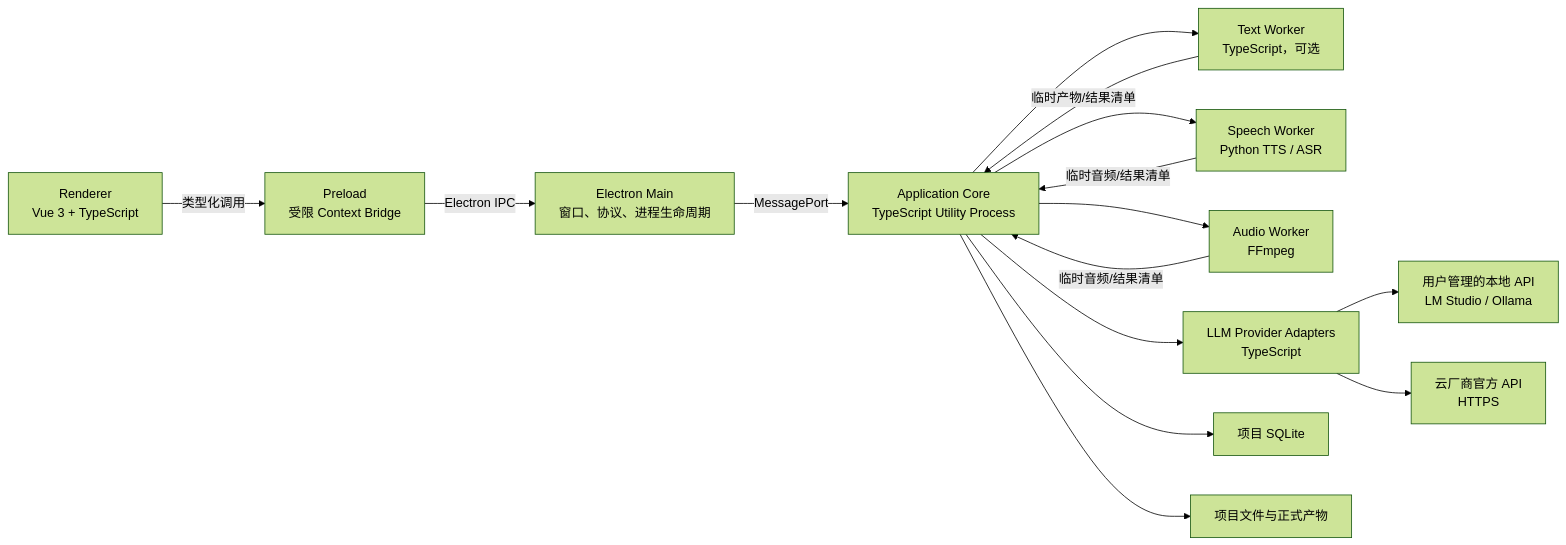
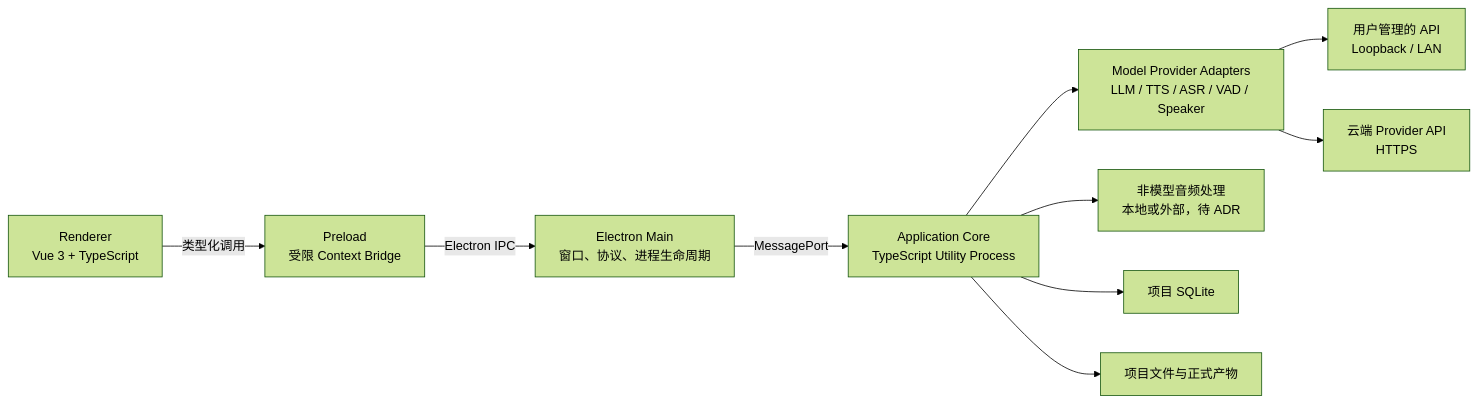
One commit to ljwzz/VoxWeaver changed the diagram in docs/specs/electron-desktop-architecture.md. Above: the diagram before and after it, drawn with Mermaid (forest theme). The commit also changed other lines of this file and 24 other files, not shown here.

````diff
--- a/docs/specs/electron-desktop-architecture.md
+++ b/docs/specs/electron-desktop-architecture.md
@@ -74,30 +75,23 @@
 ```mermaid
 flowchart LR
     Renderer["Renderer<br/>Vue 3 + TypeScript"]
     Preload["Preload<br/>受限 Context Bridge"]
     Main["Electron Main<br/>窗口、协议、进程生命周期"]
     Core["Application Core<br/>TypeScript Utility Process"]
-    TextWorker["Text Worker<br/>TypeScript，可选"]
-    SpeechWorker["Speech Worker<br/>Python TTS / ASR"]
-    AudioWorker["Audio Worker<br/>FFmpeg"]
-    LlmAdapter["LLM Provider Adapters<br/>TypeScript"]
-    LocalLlm["用户管理的本地 API<br/>LM Studio / Ollama"]
-    CloudLlm["云厂商官方 API<br/>HTTPS"]
+    ModelAdapters["Model Provider Adapters<br/>LLM / TTS / ASR / VAD / Speaker"]
+    LocalProviders["用户管理的 API<br/>Loopback / LAN"]
+    CloudProviders["云端 Provider API<br/>HTTPS"]
+    AudioProcessor["非模型音频处理<br/>本地或外部，待 ADR"]
     State["项目 SQLite"]
     Files["项目文件与正式产物"]
 
     Renderer -->|"类型化调用"| Preload
     Preload -->|"Electron IPC"| Main
     Main -->|"MessagePort"| Core
     Core --> State
     Core --> Files
-    Core --> TextWorker
-    Core --> SpeechWorker
-    Core --> AudioWorker
-    Core --> LlmAdapter
-    LlmAdapter --> LocalLlm
-    LlmAdapter --> CloudLlm
-    TextWorker -->|"临时产物/结果清单"| Core
-    SpeechWorker -->|"临时音频/结果清单"| Core
-    AudioWorker -->|"临时音频/结果清单"| Core
+    Core --> ModelAdapters
+    ModelAdapters --> LocalProviders
+    ModelAdapters --> CloudProviders
+    Core --> AudioProcessor
 ```
````
